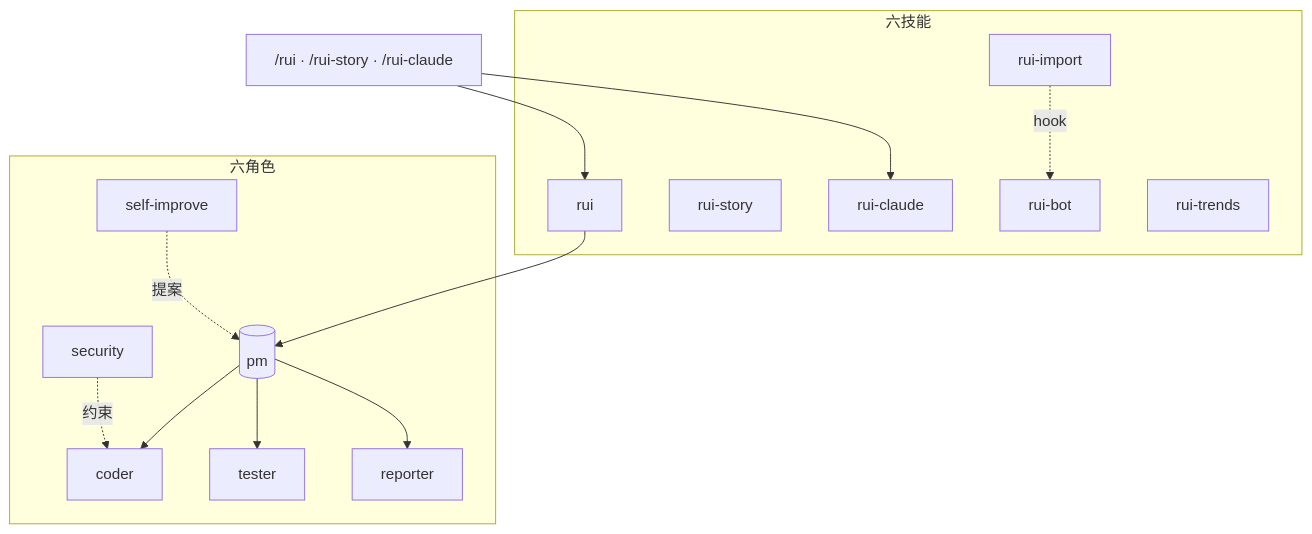
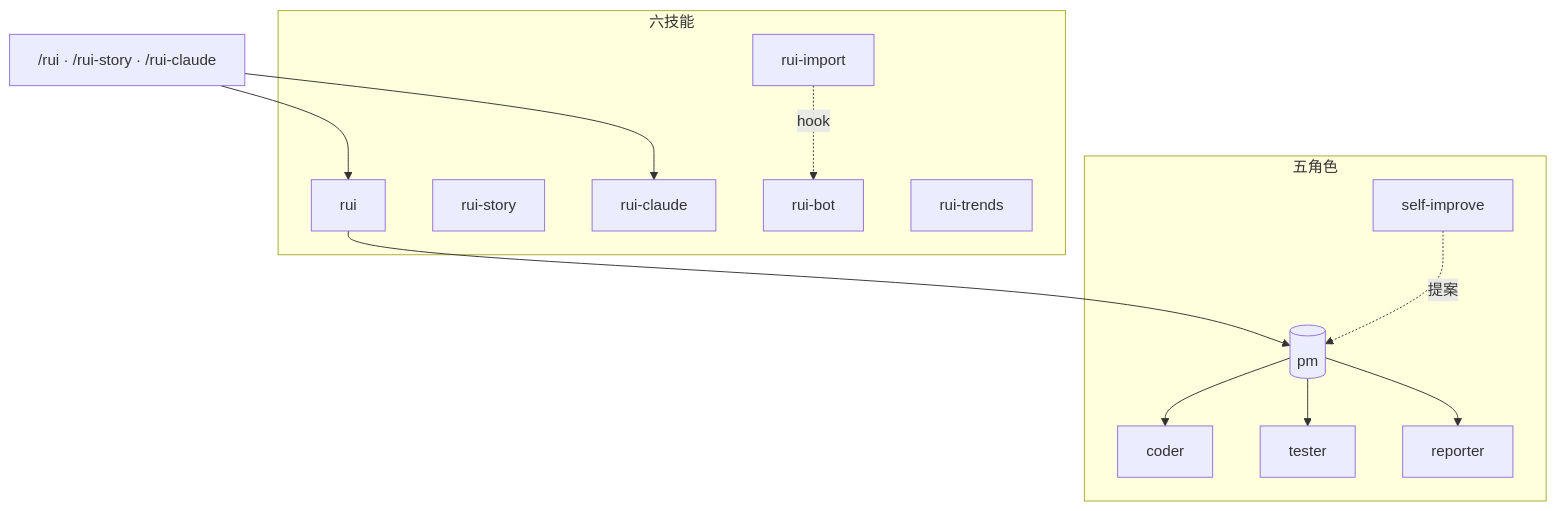
One commit to effiy/YrY changed the first of 3 diagrams in README.md. Above: the diagram before and after it, drawn with Mermaid. The commit also changed other lines of this file and 91 other files, not shown here.

````diff
--- a/README.md
+++ b/README.md
@@ -9,29 +9,27 @@
 ```mermaid
 flowchart TD
     CMD["/rui · /rui-story · /rui-claude"]
 
     subgraph Skills[六技能]
         RUI[rui]:::skill
         RS[rui-story]:::skill
         RC[rui-claude]:::skill
         ID[rui-import]:::skill
         WW[rui-bot]:::skill
         TD[rui-trends]:::skill
     end
 
-    subgraph Agents[六角色]
+    subgraph Agents[五角色]
         PM[("pm")]:::core
         CODER[coder]:::agent
         TESTER[tester]:::agent
         REPORTER[reporter]:::agent
-        SECURITY[security]:::agent
         SI[self-improve]:::agent
     end
 
     CMD --> RUI & RC
     RUI --> PM
     PM --> CODER & TESTER & REPORTER
-    SECURITY -.约束.-> CODER
     SI -.提案.-> PM
     ID -.hook.-> WW
 ```
````
